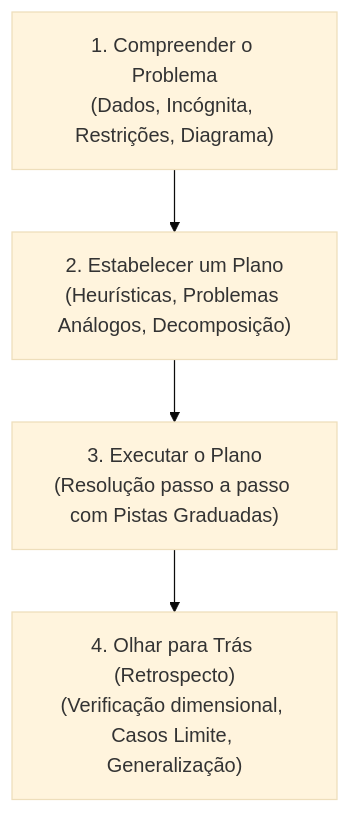
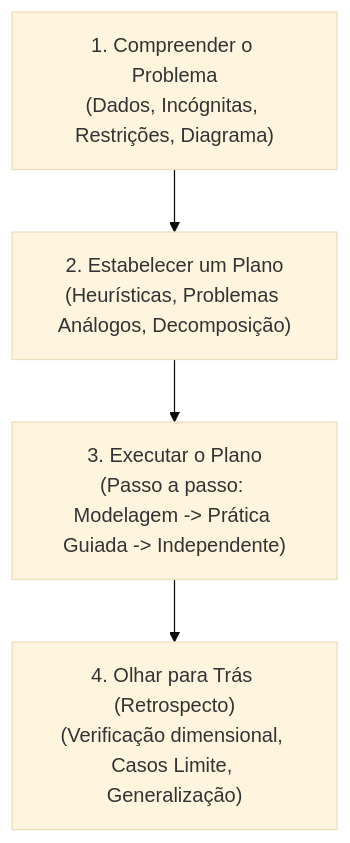
Before and after one commit to andrlupi/multi_ai-tutor: the diagram in skills/tutor-polya/SKILL.md, drawn with Mermaid (base theme). The commit also changed other lines of this file and 18 other files, not shown here.

````diff
--- a/skills/tutor-polya/SKILL.md
+++ b/skills/tutor-polya/SKILL.md
@@ -36,6 +40,6 @@
 ```mermaid
 graph TD
-    A["1. Compreender o Problema<br>(Dados, Incógnita, Restrições, Diagrama)"] --> B["2. Estabelecer um Plano<br>(Heurísticas, Problemas Análogos, Decomposição)"]
-    B --> C["3. Executar o Plano<br>(Resolução passo a passo com Pistas Graduadas)"]
+    A["1. Compreender o Problema<br>(Dados, Incógnitas, Restrições, Diagrama)"] --> B["2. Estabelecer um Plano<br>(Heurísticas, Problemas Análogos, Decomposição)"]
+    B --> C["3. Executar o Plano<br>(Passo a passo: Modelagem -> Prática Guiada -> Independente)"]
     C --> D["4. Olhar para Trás (Retrospecto)<br>(Verificação dimensional, Casos Limite, Generalização)"]
 ```
````
